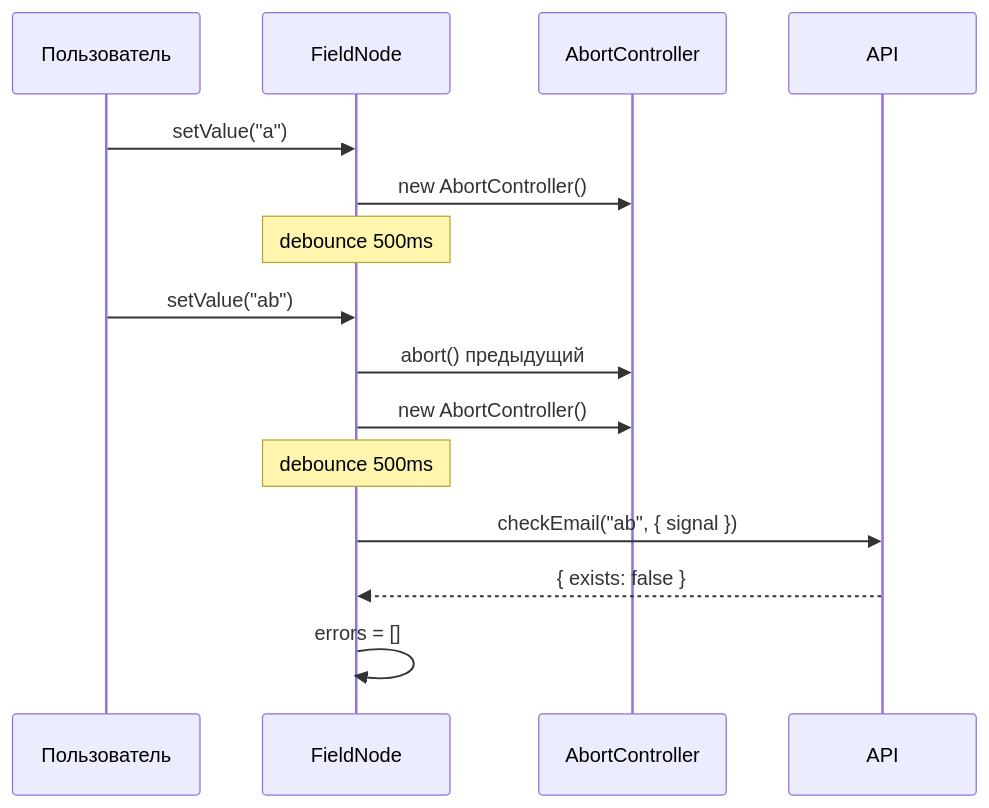
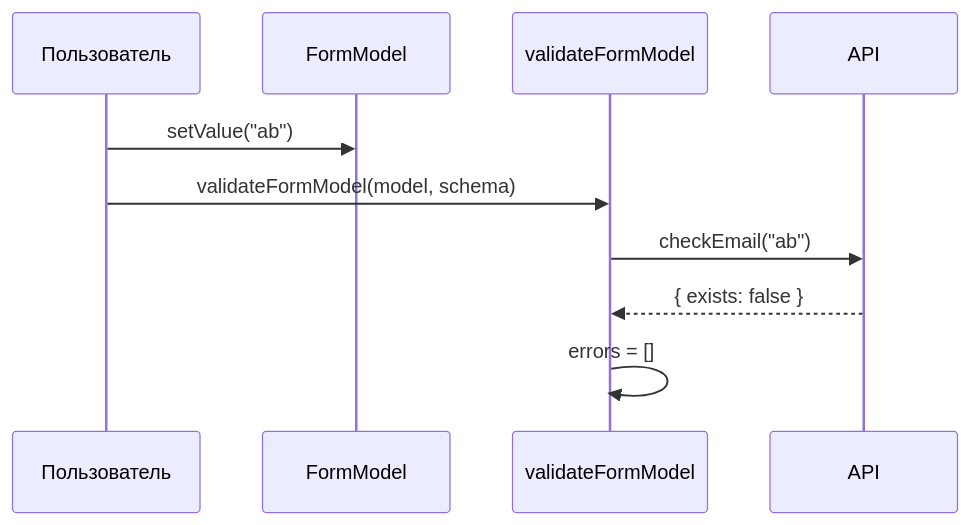
One commit to AlexandrBukhtatyy/ReFormer changed the second of 3 diagrams in docs/validation.md. Above: the diagram before and after it, drawn with Mermaid. The commit also changed other lines of this file and 4 other files, not shown here.

````diff
--- a/docs/validation.md
+++ b/docs/validation.md
@@ -112,20 +137,13 @@
 ```mermaid
 sequenceDiagram
     participant User as Пользователь
-    participant FN as FieldNode
-    participant AC as AbortController
+    participant Model as FormModel
+    participant Engine as validateFormModel
     participant API as API
 
-    User->>FN: setValue("a")
-    FN->>AC: new AbortController()
-    Note over FN: debounce 500ms
-
-    User->>FN: setValue("ab")
-    FN->>AC: abort() предыдущий
-    FN->>AC: new AbortController()
-    Note over FN: debounce 500ms
-
-    FN->>API: checkEmail("ab", { signal })
-    API-->>FN: { exists: false }
-    FN->>FN: errors = []
+    User->>Model: setValue("ab")
+    User->>Engine: validateFormModel(model, schema)
+    Engine->>API: checkEmail("ab")
+    API-->>Engine: { exists: false }
+    Engine->>Engine: errors = []
 ```
````
